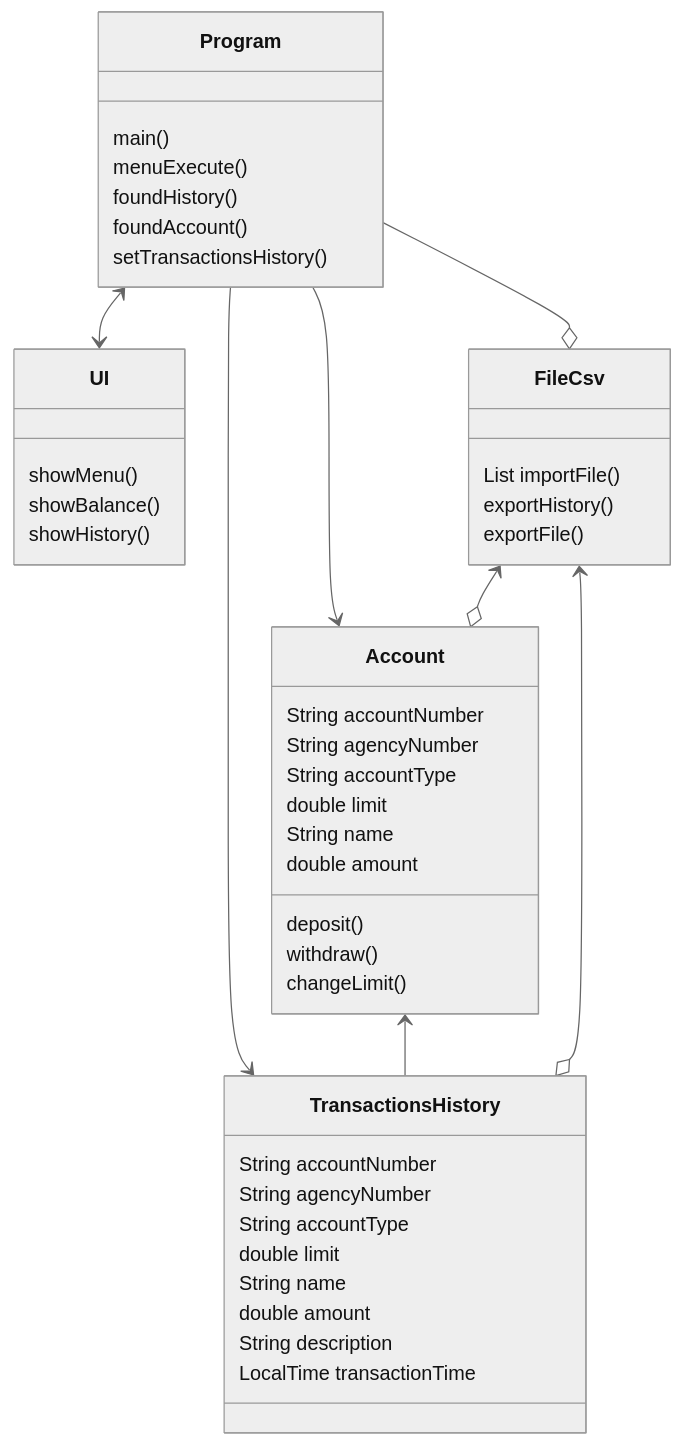
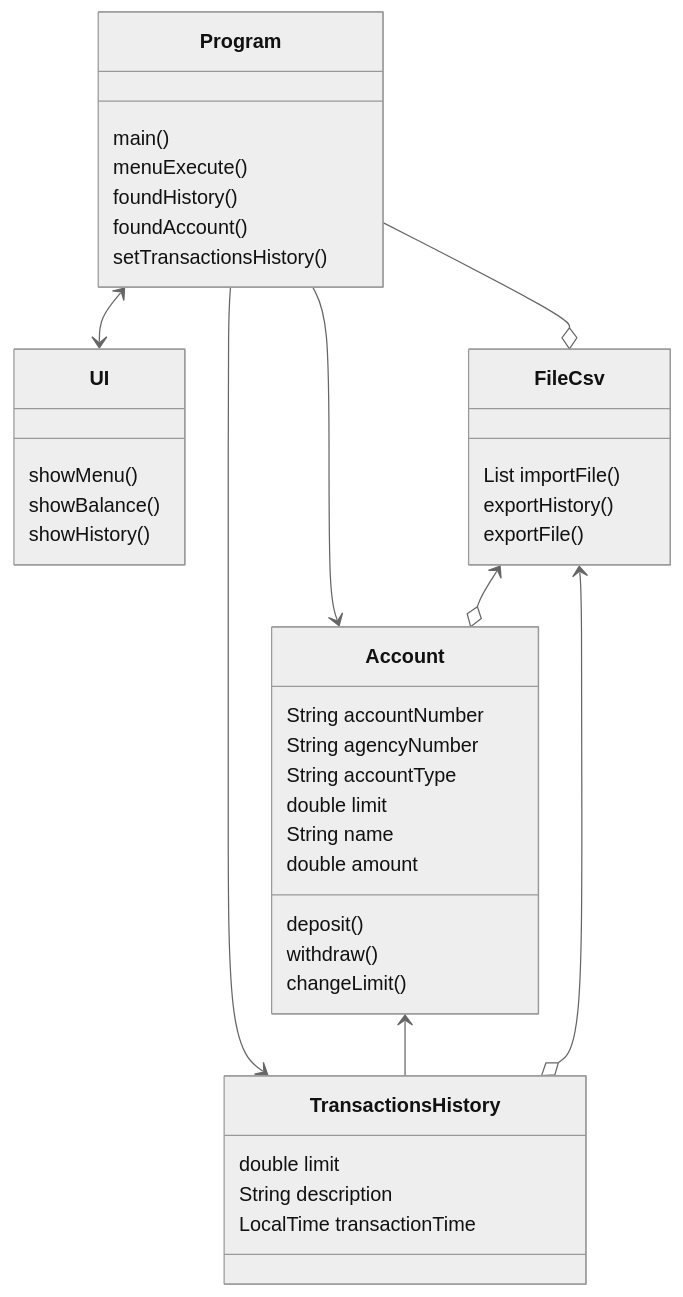
Before and after one commit to segodimor2d2/renewjava01: the eighth of 8 diagrams in README.md, drawn with Mermaid (neutral theme).

Commit message:
heranca02

````diff
--- a/README.md
+++ b/README.md
@@ -272,48 +272,43 @@
 ```mermaid
 classDiagram
 
 Program <--> UI
 Program --> Account
 Program --> TransactionsHistory
 Program --o FileCsv
 
 Account <-- TransactionsHistory
 FileCsv <--o Account
 FileCsv <--o TransactionsHistory
 
 
 Program : main()
 Program : menuExecute()
 Program : foundHistory()
 Program : foundAccount()
 Program : setTransactionsHistory()
 
 Account : String accountNumber
 Account : String agencyNumber
 Account : String accountType
 Account : double limit
 Account : String name
 Account : double amount
 Account : deposit()
 Account : withdraw()
 Account : changeLimit()
 
-TransactionsHistory : String accountNumber
-TransactionsHistory : String agencyNumber
-TransactionsHistory : String accountType
 TransactionsHistory : double limit
-TransactionsHistory : String name
-TransactionsHistory : double amount
 TransactionsHistory : String description
 TransactionsHistory : LocalTime transactionTime
 
 FileCsv
 FileCsv : List<Account> importFile()
 FileCsv : exportHistory()
 FileCsv : exportFile()
 
 UI : showMenu()
 UI : showBalance()
 UI : showHistory()
 
 ```
````
